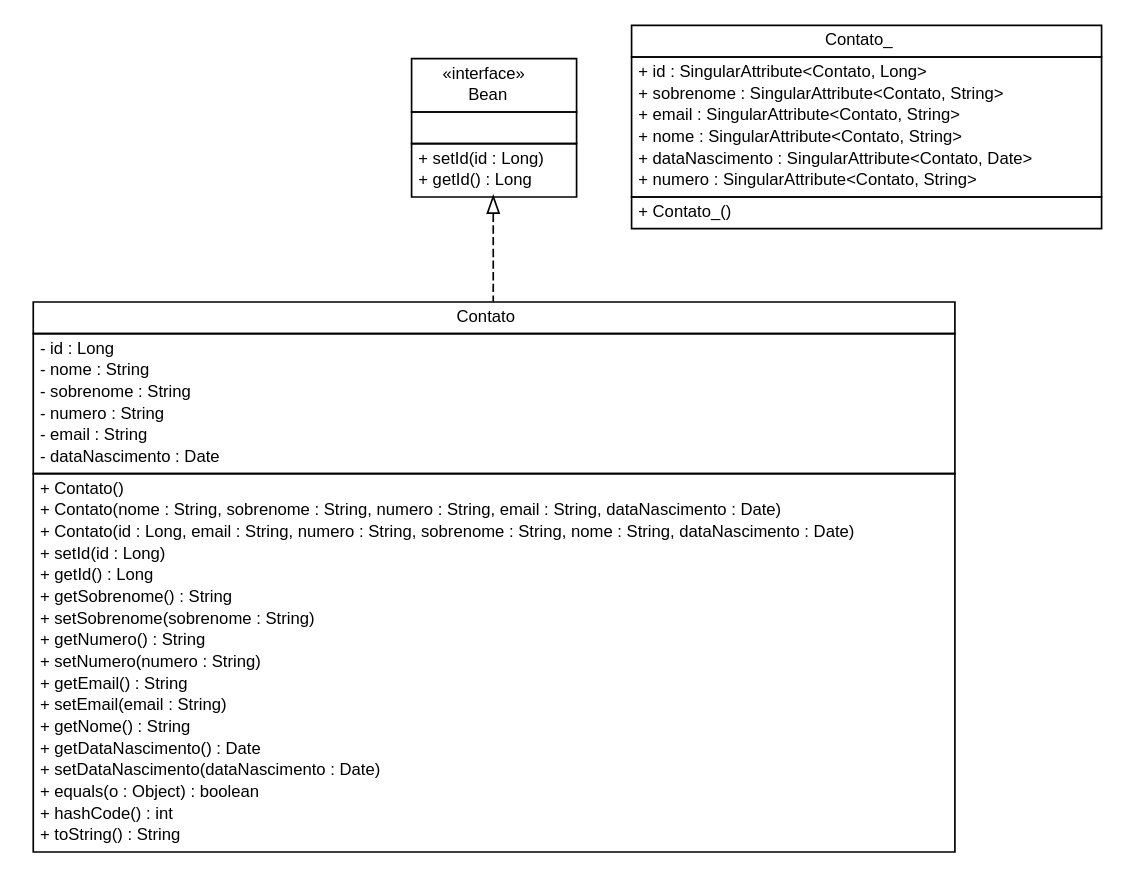
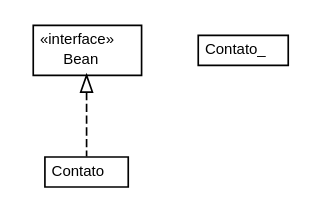
Before and after one commit to caarlos0-graveyard/meditec: the diagram in apidocs/br/net/meditec/server/model/br.net.meditec.server.model.dot, drawn with Graphviz. The commit also changed 517 other files, not shown here.

```diff
--- a/apidocs/br/net/meditec/server/model/br.net.meditec.server.model.dot
+++ b/apidocs/br/net/meditec/server/model/br.net.meditec.server.model.dot
@@ -1,78 +1,31 @@
 #!/usr/local/bin/dot
 #
 # Class diagram 
-# Generated by UMLGraph version 5.1 (http://www.umlgraph.org/)
+# Generated by UmlGraph version 4.6 (http://www.spinellis.gr/sw/umlgraph)
 #
 
 digraph G {
 	edge [fontname="Helvetica",fontsize=10,labelfontname="Helvetica",labelfontsize=10];
 	node [fontname="Helvetica",fontsize=10,shape=plaintext];
-	nodesep=0.25;
-	ranksep=0.5;
 	// br.net.meditec.server.model.Contato
-	c844 [label=<<table title="br.net.meditec.server.model.Contato" border="0" cellborder="1" cellspacing="0" cellpadding="2" port="p" href="./Contato.html">
+	c800 [label=<<table border="0" cellborder="1" cellspacing="0" cellpadding="2" port="p" href="./Contato.html">
 		<tr><td><table border="0" cellspacing="0" cellpadding="1">
-<tr><td align="center" balign="center"> Contato </td></tr>
+			<tr><td> Contato </td></tr>
 		</table></td></tr>
+		</table>>, fontname="Helvetica", fontcolor="black", fontsize=9.0];
+	// br.net.meditec.server.model.Contato_
+	c801 [label=<<table border="0" cellborder="1" cellspacing="0" cellpadding="2" port="p" href="./Contato_.html">
 		<tr><td><table border="0" cellspacing="0" cellpadding="1">
-<tr><td align="left" balign="left"> - id : Long </td></tr>
-<tr><td align="left" balign="left"> - nome : String </td></tr>
-<tr><td align="left" balign="left"> - sobrenome : String </td></tr>
-<tr><td align="left" balign="left"> - numero : String </td></tr>
-<tr><td align="left" balign="left"> - email : String </td></tr>
-<tr><td align="left" balign="left"> - dataNascimento : Date </td></tr>
+			<tr><td> Contato_ </td></tr>
 		</table></td></tr>
+		</table>>, fontname="Helvetica", fontcolor="black", fontsize=9.0];
+	// br.net.meditec.server.model.Bean
+	c802 [label=<<table border="0" cellborder="1" cellspacing="0" cellpadding="2" port="p" href="./Bean.html">
 		<tr><td><table border="0" cellspacing="0" cellpadding="1">
-<tr><td align="left" balign="left"> + Contato() </td></tr>
-<tr><td align="left" balign="left"> + Contato(nome : String, sobrenome : String, numero : String, email : String, dataNascimento : Date) </td></tr>
-<tr><td align="left" balign="left"> + Contato(id : Long, email : String, numero : String, sobrenome : String, nome : String, dataNascimento : Date) </td></tr>
-<tr><td align="left" balign="left"> + setId(id : Long) </td></tr>
-<tr><td align="left" balign="left"> + getId() : Long </td></tr>
-<tr><td align="left" balign="left"> + getSobrenome() : String </td></tr>
-<tr><td align="left" balign="left"> + setSobrenome(sobrenome : String) </td></tr>
-<tr><td align="left" balign="left"> + getNumero() : String </td></tr>
-<tr><td align="left" balign="left"> + setNumero(numero : String) </td></tr>
-<tr><td align="left" balign="left"> + getEmail() : String </td></tr>
-<tr><td align="left" balign="left"> + setEmail(email : String) </td></tr>
-<tr><td align="left" balign="left"> + getNome() : String </td></tr>
-<tr><td align="left" balign="left"> + getDataNascimento() : Date </td></tr>
-<tr><td align="left" balign="left"> + setDataNascimento(dataNascimento : Date) </td></tr>
-<tr><td align="left" balign="left"> + equals(o : Object) : boolean </td></tr>
-<tr><td align="left" balign="left"> + hashCode() : int </td></tr>
-<tr><td align="left" balign="left"> + toString() : String </td></tr>
+			<tr><td> &laquo;interface&raquo; </td></tr>
+			<tr><td> Bean </td></tr>
 		</table></td></tr>
-		</table>>, fontname="Helvetica", fontcolor="black", fontsize=10.0];
-	// br.net.meditec.server.model.Contato_
-	c845 [label=<<table title="br.net.meditec.server.model.Contato_" border="0" cellborder="1" cellspacing="0" cellpadding="2" port="p" href="./Contato_.html">
-		<tr><td><table border="0" cellspacing="0" cellpadding="1">
-<tr><td align="center" balign="center"> Contato_ </td></tr>
-		</table></td></tr>
-		<tr><td><table border="0" cellspacing="0" cellpadding="1">
-<tr><td align="left" balign="left"> + id : SingularAttribute&lt;Contato, Long&gt; </td></tr>
-<tr><td align="left" balign="left"> + sobrenome : SingularAttribute&lt;Contato, String&gt; </td></tr>
-<tr><td align="left" balign="left"> + email : SingularAttribute&lt;Contato, String&gt; </td></tr>
-<tr><td align="left" balign="left"> + nome : SingularAttribute&lt;Contato, String&gt; </td></tr>
-<tr><td align="left" balign="left"> + dataNascimento : SingularAttribute&lt;Contato, Date&gt; </td></tr>
-<tr><td align="left" balign="left"> + numero : SingularAttribute&lt;Contato, String&gt; </td></tr>
-		</table></td></tr>
-		<tr><td><table border="0" cellspacing="0" cellpadding="1">
-<tr><td align="left" balign="left"> + Contato_() </td></tr>
-		</table></td></tr>
-		</table>>, fontname="Helvetica", fontcolor="black", fontsize=10.0];
-	// br.net.meditec.server.model.Bean
-	c846 [label=<<table title="br.net.meditec.server.model.Bean" border="0" cellborder="1" cellspacing="0" cellpadding="2" port="p" href="./Bean.html">
-		<tr><td><table border="0" cellspacing="0" cellpadding="1">
-<tr><td align="center" balign="center"> &#171;interface&#187; </td></tr>
-<tr><td align="center" balign="center"> Bean </td></tr>
-		</table></td></tr>
-		<tr><td><table border="0" cellspacing="0" cellpadding="1">
-<tr><td align="left" balign="left">  </td></tr>
-		</table></td></tr>
-		<tr><td><table border="0" cellspacing="0" cellpadding="1">
-<tr><td align="left" balign="left"> + setId(id : Long) </td></tr>
-<tr><td align="left" balign="left"> + getId() : Long </td></tr>
-		</table></td></tr>
-		</table>>, fontname="Helvetica", fontcolor="black", fontsize=10.0];
+		</table>>, fontname="Helvetica", fontcolor="black", fontsize=9.0];
 	//br.net.meditec.server.model.Contato implements br.net.meditec.server.model.Bean
-	c846:p -> c844:p [dir=back,arrowtail=empty,style=dashed];
+	c802:p -> c800:p [dir=back,arrowtail=empty,style=dashed];
 }
```
